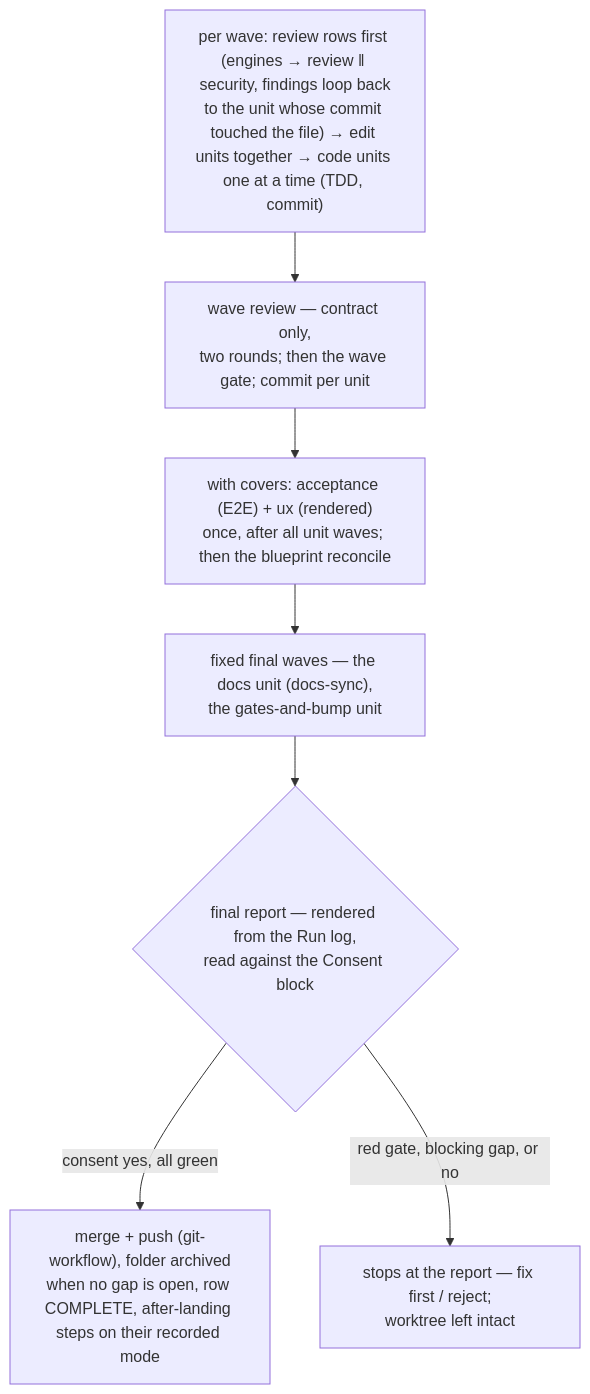
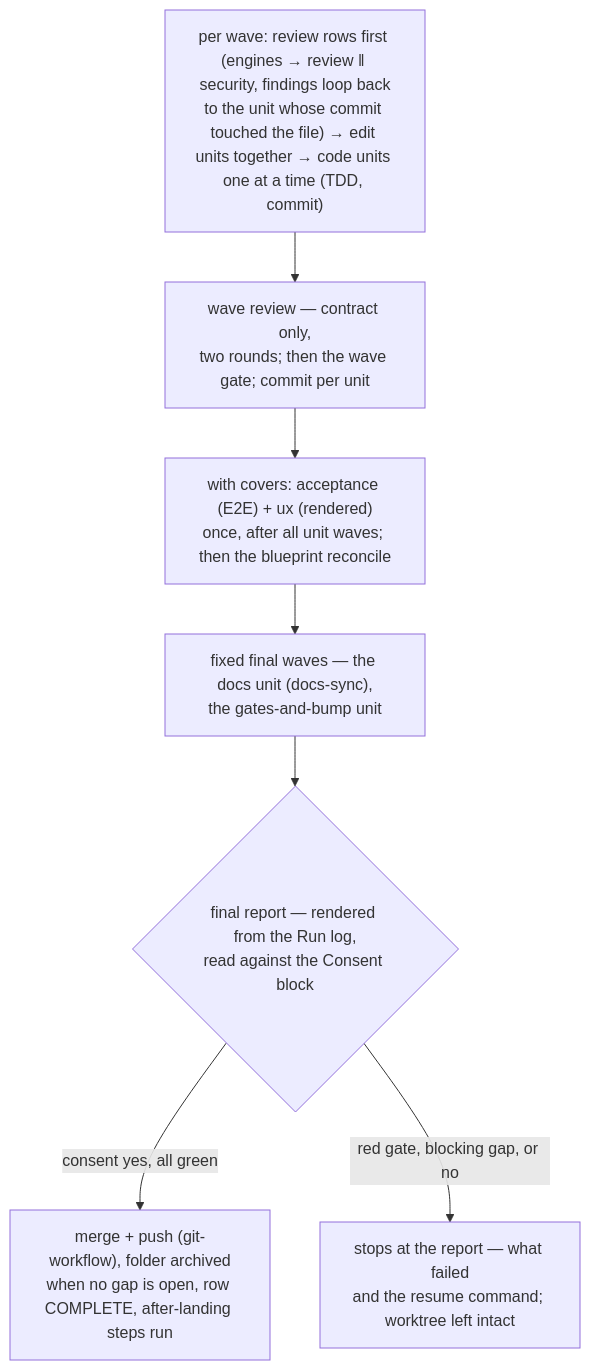
One commit to virajp/claude-plugins changed the second of 2 diagrams in site/src/content/docs/plugins/vwf.md. Above: the diagram before and after it, drawn with Mermaid. The commit also changed other lines of this file and 11 other files, not shown here.

````diff
--- a/site/src/content/docs/plugins/vwf.md
+++ b/site/src/content/docs/plugins/vwf.md
@@ -2640,9 +2654,9 @@
 ```mermaid
 flowchart TD
     W["per wave: review rows first (engines → review ‖ security, findings loop back<br/>to the unit whose commit touched the file) → edit units together → code units one at a time (TDD, commit)"] --> R["wave review — contract only,<br/>two rounds; then the wave gate; commit per unit"]
     R --> AX["with covers: acceptance (E2E) + ux (rendered)<br/>once, after all unit waves; then the blueprint reconcile"]
     AX --> F["fixed final waves — the docs unit (docs-sync),<br/>the gates-and-bump unit"]
     F --> G{"final report — rendered from the Run log,<br/>read against the Consent block"}
-    G -->|consent yes, all green| M["merge + push (git-workflow), folder archived<br/>when no gap is open, row COMPLETE, after-landing steps on their recorded mode"]
-    G -->|red gate, blocking gap, or no| S["stops at the report — fix first / reject;<br/>worktree left intact"]
+    G -->|consent yes, all green| M["merge + push (git-workflow), folder archived<br/>when no gap is open, row COMPLETE, after-landing steps run"]
+    G -->|red gate, blocking gap, or no| S["stops at the report — what failed<br/>and the resume command; worktree left intact"]
 ```
````
